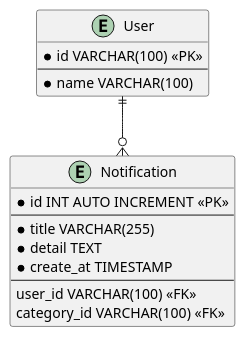
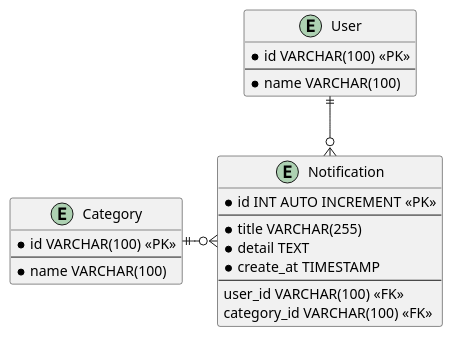
One commit to alwani03/learn-mysql-notifications changed the diagram in uml/notification.puml. Above: the diagram before and after it, drawn with PlantUML. The commit also changed 1 other file, not shown here.

Commit message:
Category

```diff
--- a/uml/notification.puml
+++ b/uml/notification.puml
@@ -1,22 +1,29 @@
 @startuml
 
     entity User {
         * id VARCHAR(100) <<PK>>
         --
         * name VARCHAR(100)
     }
 
     entity Notification {
          * id INT AUTO INCREMENT <<PK>>
          --
          * title VARCHAR(255)
          * detail TEXT
          * create_at TIMESTAMP
          --
          user_id VARCHAR(100) <<FK>>
          category_id VARCHAR(100) <<FK>>
     }
 
+    entity Category {
+        * id VARCHAR(100) <<PK>>
+        --
+        * name VARCHAR(100)
+    }
+
 User ||--o{ Notification
+Category ||-o{ Notification
 
 @enduml
```
